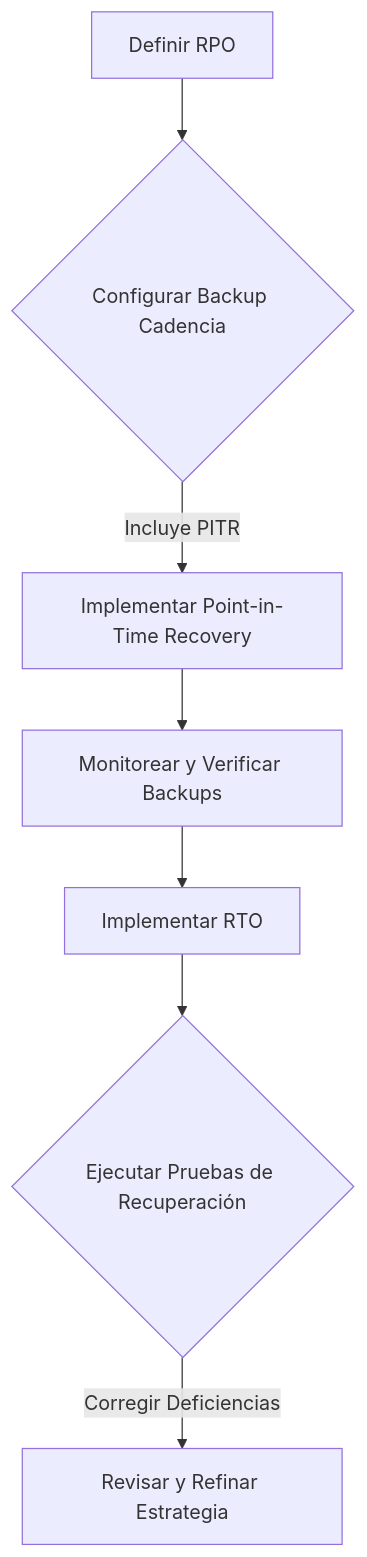
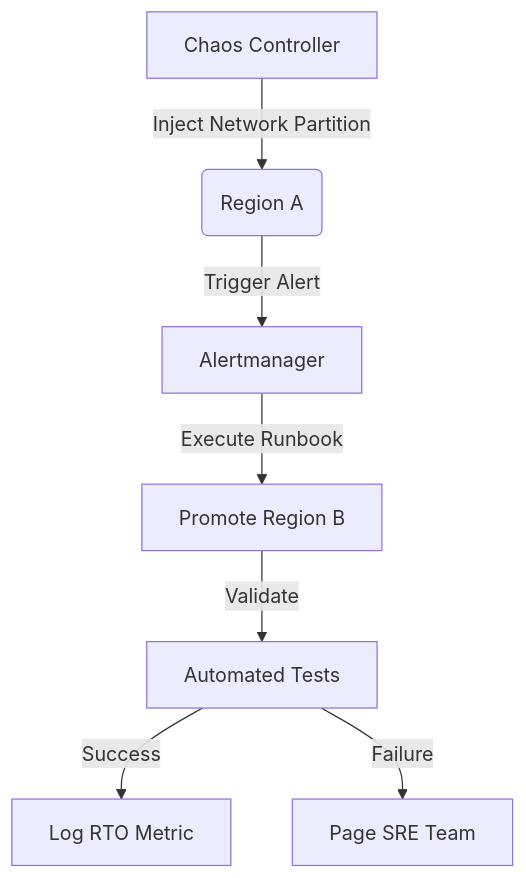
The sixth of 7 diagrams in _Review/disaster_recovery_rpo_rto_y_backup_strategy/disaster_recovery_rpo_rto_y_backup_strategy.md (Joaquinriosheredia/DAM-Java-Mastery), drawn with Mermaid before and after one commit. The commit also changed other lines of this file, not shown here.

First line of the commit message:
Revise disaster recovery RPO, RTO, and backup strategy

````diff
--- a/_Review/disaster_recovery_rpo_rto_y_backup_strategy/disaster_recovery_rpo_rto_y_backup_strategy.md
+++ b/_Review/disaster_recovery_rpo_rto_y_backup_strategy/disaster_recovery_rpo_rto_y_backup_strategy.md
@@ -508,9 +410,9 @@
 ```mermaid
 graph TD
-    A[Definir RPO] --> B{Configurar Backup Cadencia};
-    B -- Incluye PITR --> C[Implementar Point-in-Time Recovery];
-    C --> D[Monitorear y Verificar Backups];
-    D --> E[Implementar RTO];
-    E --> F{Ejecutar Pruebas de Recuperación};
-    F -- Corregir Deficiencias --> G[Revisar y Refinar Estrategia];
+    A[Chaos Controller] -->|Inject Network Partition| B(Region A)
+    B -->|Trigger Alert| C[Alertmanager]
+    C -->|Execute Runbook| D[Promote Region B]
+    D -->|Validate| E[Automated Tests]
+    E -->|Success| F[Log RTO Metric]
+    E -->|Failure| G[Page SRE Team]
 ```
````
